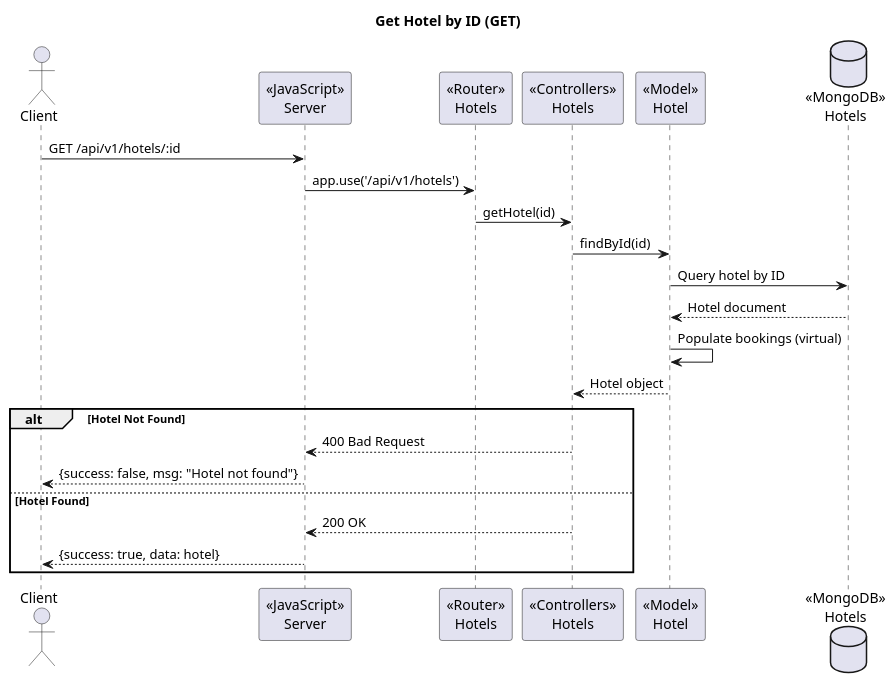
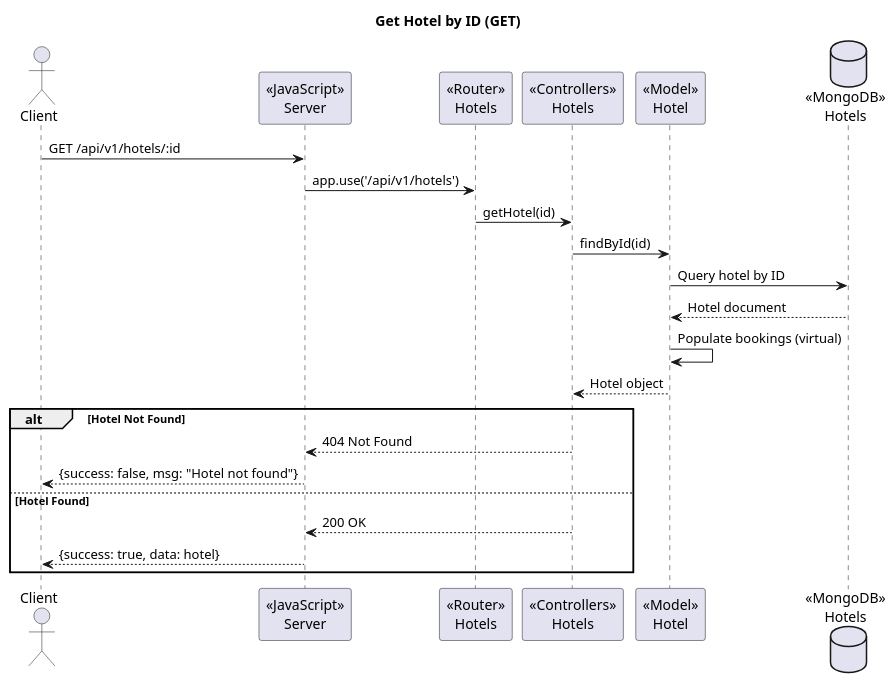
One commit to 2110503-CEDT68/be-project-68-flamefrost changed the diagram in docs/sequence-diagrams/Hotel/Hotel_GetById.puml. Above: the diagram before and after it, drawn with PlantUML. The commit also changed 1 other file, not shown here.

```diff
--- a/docs/sequence-diagrams/Hotel/Hotel_GetById.puml
+++ b/docs/sequence-diagrams/Hotel/Hotel_GetById.puml
@@ -1,28 +1,28 @@
 @startuml Hotel_GetById
 title Get Hotel by ID (GET)
 
 actor Client
 participant "<<JavaScript>>\nServer"
 participant "<<Router>>\nHotels"
 participant "<<Controllers>>\nHotels"
 participant "<<Model>>\nHotel"
 database "<<MongoDB>>\nHotels"
 
 Client -> "<<JavaScript>>\nServer": GET /api/v1/hotels/:id
 "<<JavaScript>>\nServer" -> "<<Router>>\nHotels": app.use('/api/v1/hotels')
 "<<Router>>\nHotels" -> "<<Controllers>>\nHotels": getHotel(id)
 "<<Controllers>>\nHotels" -> "<<Model>>\nHotel": findById(id)
 "<<Model>>\nHotel" -> "<<MongoDB>>\nHotels": Query hotel by ID
 "<<MongoDB>>\nHotels" --> "<<Model>>\nHotel": Hotel document
 "<<Model>>\nHotel" -> "<<Model>>\nHotel": Populate bookings (virtual)
 "<<Model>>\nHotel" --> "<<Controllers>>\nHotels": Hotel object
 
 alt Hotel Not Found
-  "<<Controllers>>\nHotels" --> "<<JavaScript>>\nServer": 400 Bad Request
+  "<<Controllers>>\nHotels" --> "<<JavaScript>>\nServer": 404 Not Found
   "<<JavaScript>>\nServer" --> Client: {success: false, msg: "Hotel not found"}
 else Hotel Found
   "<<Controllers>>\nHotels" --> "<<JavaScript>>\nServer": 200 OK
   "<<JavaScript>>\nServer" --> Client: {success: true, data: hotel}
 end
 
 @enduml
```
